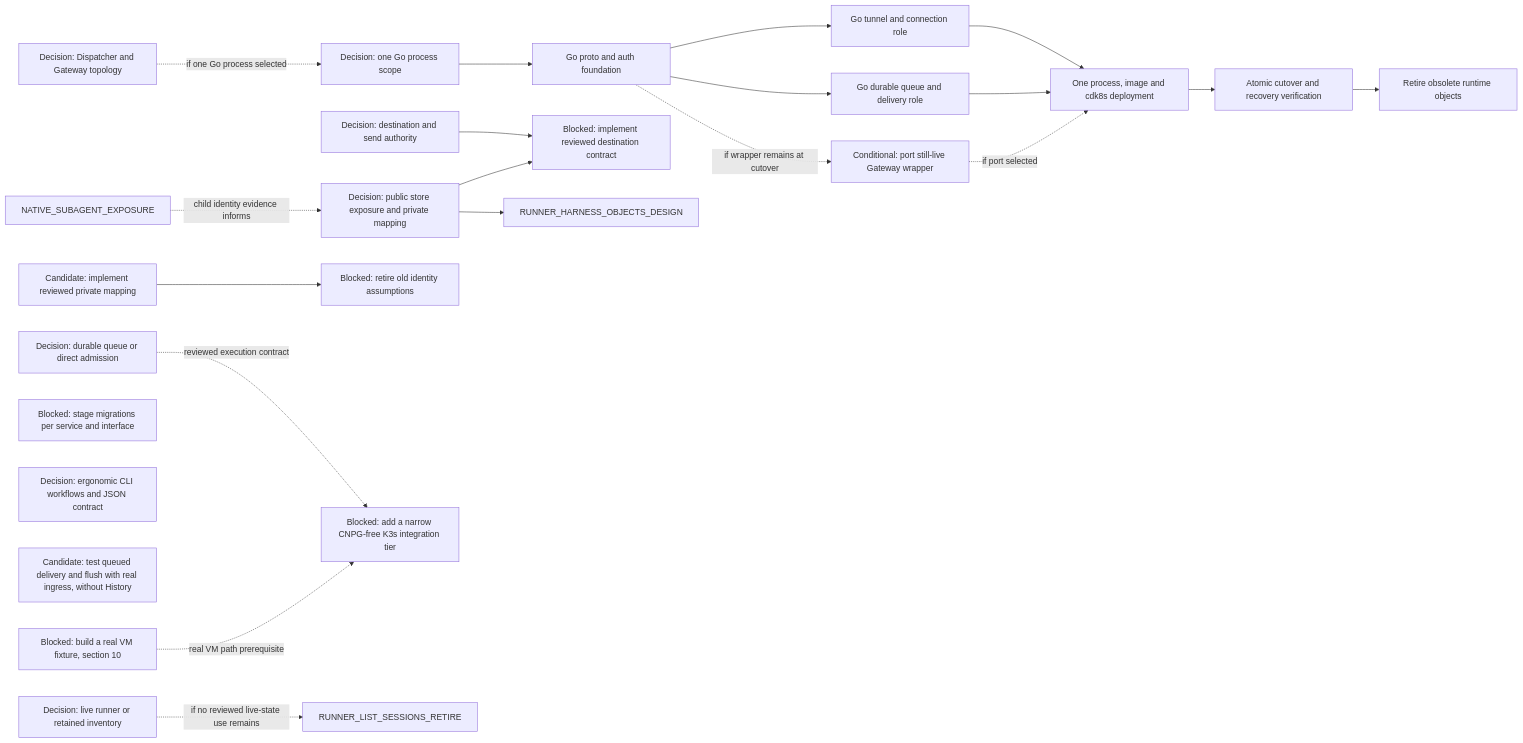
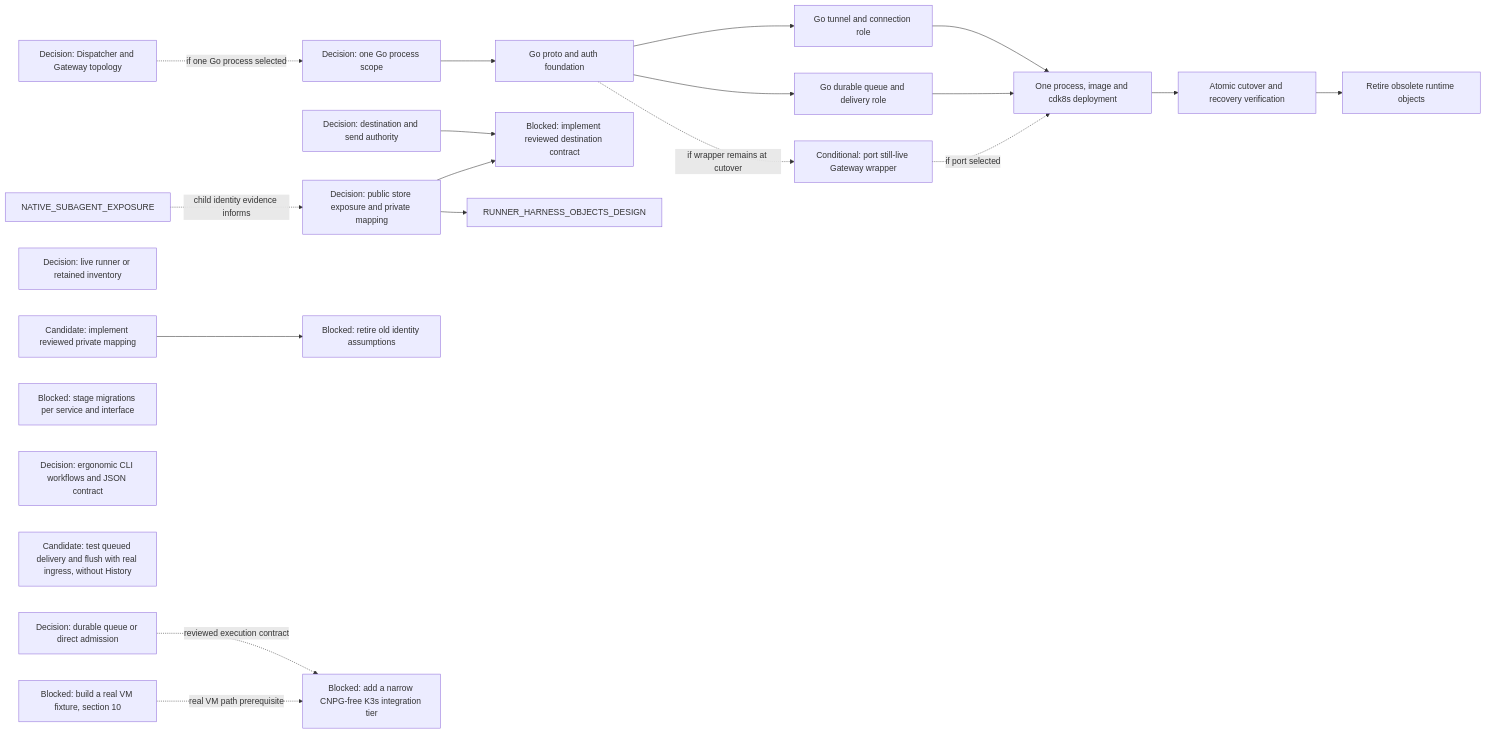
One commit to agentydragon-agent/ducktape changed diagram 17 of 17 in agentplane/plans/task_dag.md. Above: the diagram before and after it, drawn with Mermaid. The commit also changed other lines of this file and 2 other files, not shown here.

````diff
--- a/agentplane/plans/task_dag.md
+++ b/agentplane/plans/task_dag.md
@@ -1523,42 +1493,41 @@
 ```mermaid
 flowchart LR
     DISPATCHER_PERSISTENCE_MODEL_DESIGN[Decision: durable queue or direct admission]
     DISPATCHER_GATEWAY_TOPOLOGY_DESIGN[Decision: Dispatcher and Gateway topology]
     DELIVERY_UNIFICATION_SCOPE_DECISION[Decision: one Go process scope]
     DELIVERY_GO_PROTOCOL_AUTH[Go proto and auth foundation]
     DELIVERY_GO_GATEWAY[Go tunnel and connection role]
     DELIVERY_GO_DISPATCHER[Go durable queue and delivery role]
     DELIVERY_GO_LEGACY_WRAPPER[Conditional: port still-live Gateway wrapper]
     DELIVERY_GO_INTEGRATION[One process, image and cdk8s deployment]
     DELIVERY_UNIFIED_CUTOVER[Atomic cutover and recovery verification]
     DELIVERY_OLD_RUNTIME_RETIRE[Retire obsolete runtime objects]
     RUNNER_INVENTORY_AUTHORITY_DESIGN[Decision: live runner or retained inventory]
     DELIVERY_DESTINATION_AUTHORITY_DESIGN[Decision: destination and send authority]
     DELIVERY_DESTINATION_CONTRACT[Blocked: implement reviewed destination contract]
     HARNESS_IDENTITY_DESIGN[Decision: public store exposure and private mapping]
     RUNNER_STORE_SESSION_IDENTITY[Candidate: implement reviewed private mapping]
     RUNNER_IDENTITY_LEGACY_CLEANUP[Blocked: retire old identity assumptions]
     SERVICE_API_TRANSPORT_MIGRATIONS[Blocked: stage migrations per service and interface]
     AGENT_API_TOOLING_DESIGN[Decision: ergonomic CLI workflows and JSON contract]
     RUNNER_DELIVERY_INGRESS_ACCEPTANCE[Candidate: test queued delivery and flush with real ingress, without History]
     CNPG_FREE_K3S_INTEGRATION_TIER[Blocked: add a narrow CNPG-free K3s integration tier]
     K3S_VM_IMAGE[Blocked: build a real VM fixture, section 10]
     DISPATCHER_GATEWAY_TOPOLOGY_DESIGN -. if one Go process selected .-> DELIVERY_UNIFICATION_SCOPE_DECISION
     DELIVERY_UNIFICATION_SCOPE_DECISION --> DELIVERY_GO_PROTOCOL_AUTH
     DELIVERY_GO_PROTOCOL_AUTH --> DELIVERY_GO_GATEWAY
     DELIVERY_GO_PROTOCOL_AUTH --> DELIVERY_GO_DISPATCHER
     DELIVERY_GO_PROTOCOL_AUTH -. if wrapper remains at cutover .-> DELIVERY_GO_LEGACY_WRAPPER
     DELIVERY_GO_GATEWAY --> DELIVERY_GO_INTEGRATION
     DELIVERY_GO_DISPATCHER --> DELIVERY_GO_INTEGRATION
     DELIVERY_GO_LEGACY_WRAPPER -. if port selected .-> DELIVERY_GO_INTEGRATION
     DELIVERY_GO_INTEGRATION --> DELIVERY_UNIFIED_CUTOVER
     DELIVERY_UNIFIED_CUTOVER --> DELIVERY_OLD_RUNTIME_RETIRE
-    RUNNER_INVENTORY_AUTHORITY_DESIGN -. if no reviewed live-state use remains .-> RUNNER_LIST_SESSIONS_RETIRE
     DELIVERY_DESTINATION_AUTHORITY_DESIGN --> DELIVERY_DESTINATION_CONTRACT
     HARNESS_IDENTITY_DESIGN --> DELIVERY_DESTINATION_CONTRACT
     RUNNER_STORE_SESSION_IDENTITY --> RUNNER_IDENTITY_LEGACY_CLEANUP
     NATIVE_SUBAGENT_EXPOSURE -. child identity evidence informs .-> HARNESS_IDENTITY_DESIGN
     HARNESS_IDENTITY_DESIGN --> RUNNER_HARNESS_OBJECTS_DESIGN
     DISPATCHER_PERSISTENCE_MODEL_DESIGN -. reviewed execution contract .-> CNPG_FREE_K3S_INTEGRATION_TIER
     K3S_VM_IMAGE -. real VM path prerequisite .-> CNPG_FREE_K3S_INTEGRATION_TIER
 ```
````
